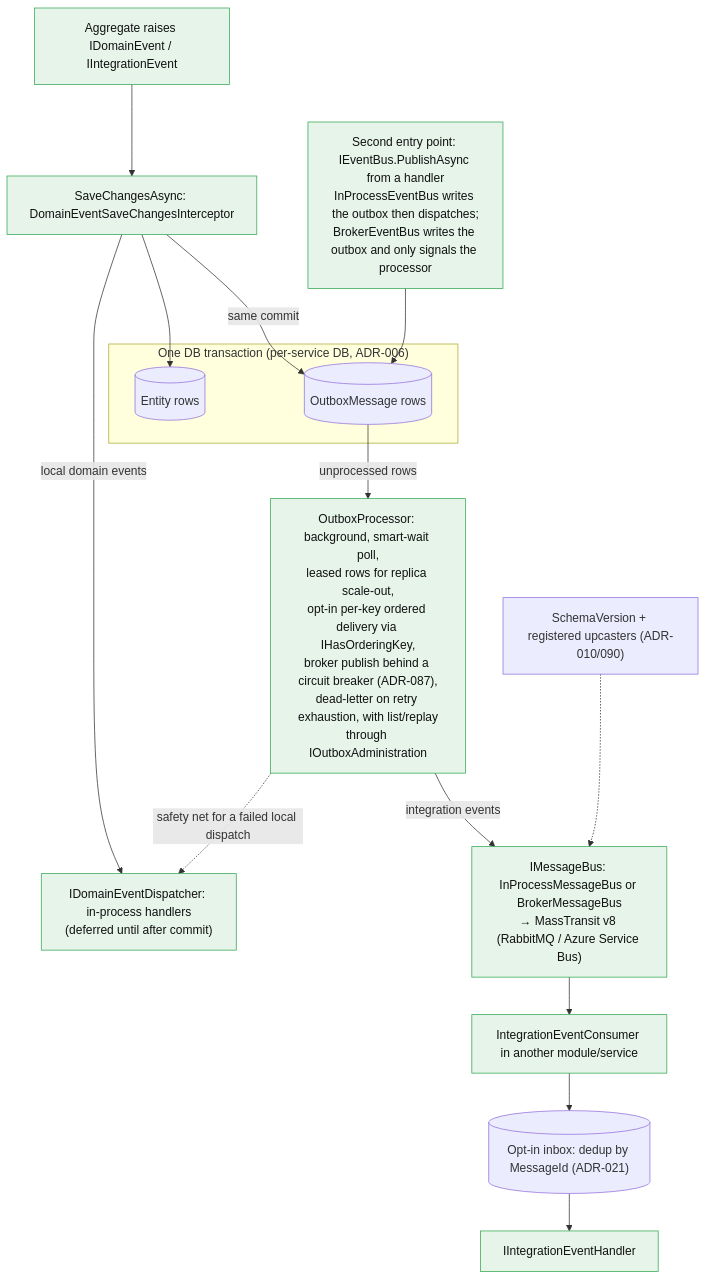
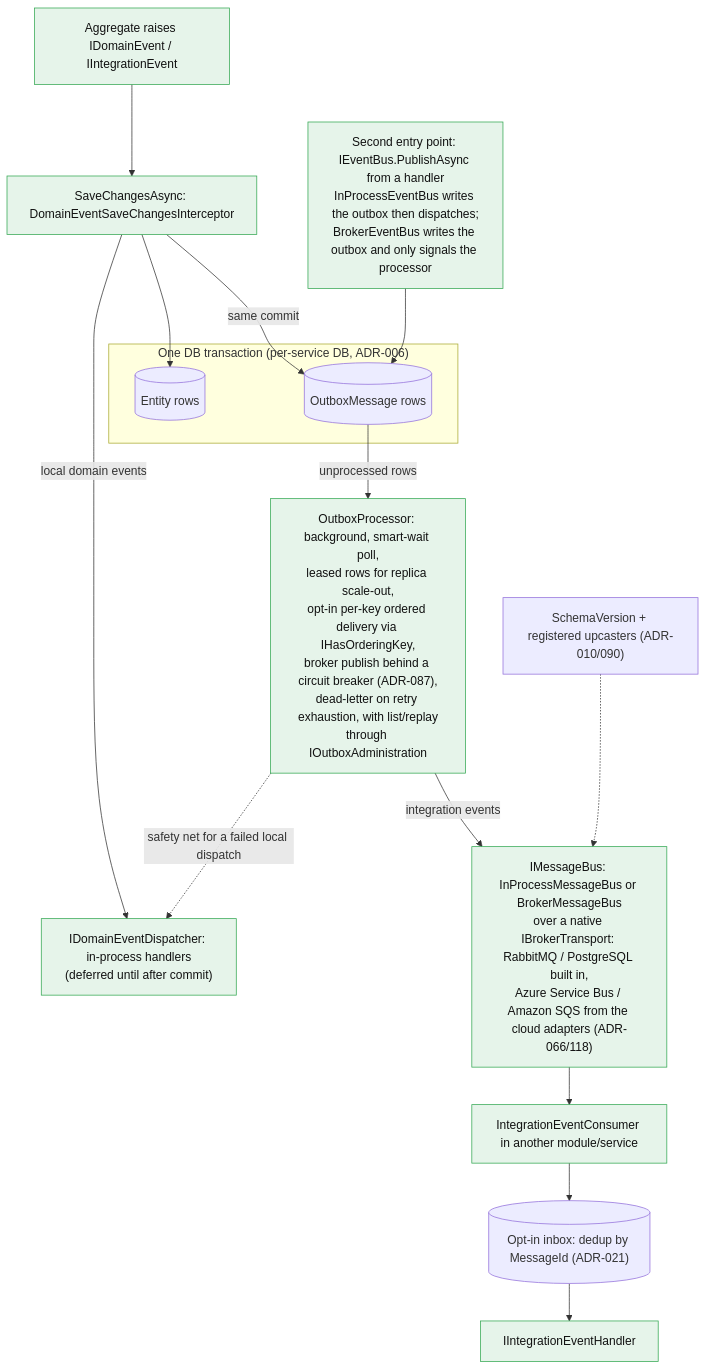
One commit to ivanball/ivanball.github.io changed the sixth of 15 diagrams in docs-src/onboarding/CONCEPT-MAPS.md. Above: the diagram before and after it, drawn with Mermaid. The commit also changed other lines of this file and 83 other files, not shown here.

````diff
--- a/docs-src/onboarding/CONCEPT-MAPS.md
+++ b/docs-src/onboarding/CONCEPT-MAPS.md
@@ -405,30 +421,30 @@
 ```mermaid
 flowchart TD
     AGG["Aggregate raises IDomainEvent / IIntegrationEvent"]
     SAVE["SaveChangesAsync: DomainEventSaveChangesInterceptor"]
     EBUS["Second entry point: IEventBus.PublishAsync from a handler<br/>InProcessEventBus writes the outbox then dispatches;<br/>BrokerEventBus writes the outbox and only signals the processor"]
     subgraph TXN["One DB transaction (per-service DB, ADR-006)"]
         ENTITY[("Entity rows")]
         OBX[("OutboxMessage rows")]
     end
     DISP["IDomainEventDispatcher: in-process handlers<br/>(deferred until after commit)"]
     PROC["OutboxProcessor: background, smart-wait poll,<br/>leased rows for replica scale-out,<br/>opt-in per-key ordered delivery via IHasOrderingKey,<br/>broker publish behind a circuit breaker (ADR-087),<br/>dead-letter on retry exhaustion, with list/replay<br/>through IOutboxAdministration"]
-    BUS["IMessageBus: InProcessMessageBus or BrokerMessageBus<br/>→ MassTransit v8 (RabbitMQ / Azure Service Bus)"]
+    BUS["IMessageBus: InProcessMessageBus or BrokerMessageBus<br/>over a native IBrokerTransport: RabbitMQ / PostgreSQL built in,<br/>Azure Service Bus / Amazon SQS from the cloud adapters (ADR-066/118)"]
     CONSUMER["IntegrationEventConsumer in another module/service"]
     INBOX[("Opt-in inbox: dedup by MessageId (ADR-021)")]
     HANDLER["IIntegrationEventHandler"]
 
     AGG --> SAVE
     SAVE --> ENTITY
     SAVE -->|"same commit"| OBX
     SAVE -->|"local domain events"| DISP
     EBUS --> OBX
     OBX -->|"unprocessed rows"| PROC
     PROC -->|"integration events"| BUS
     PROC -.->|"safety net for a failed local dispatch"| DISP
     BUS --> CONSUMER --> INBOX --> HANDLER
     SCHEMA["SchemaVersion + registered upcasters (ADR-010/090)"] -.-> BUS
 
     classDef evt fill:#e6f4ea,stroke:#34a853,color:#111
     class AGG,SAVE,EBUS,PROC,DISP,BUS,CONSUMER,HANDLER evt
 ```
````
